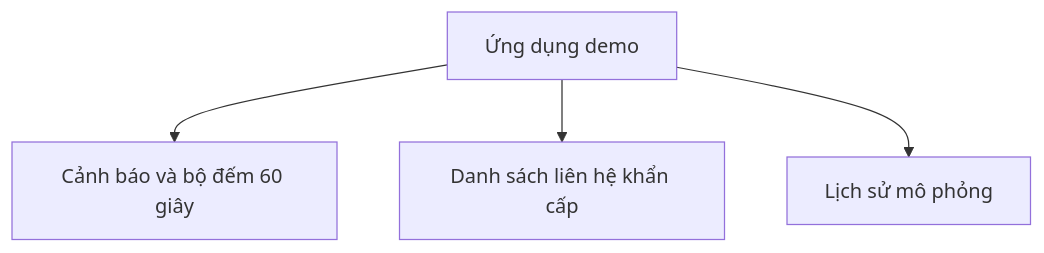
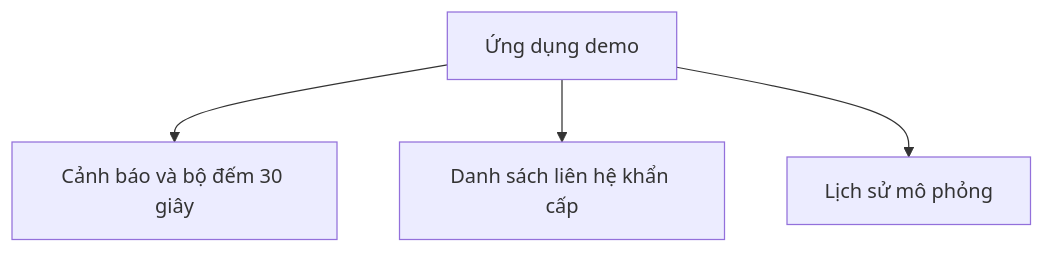
One commit to nhatdevzizi/Closer changed the third of 4 diagrams in README.md. Above: the diagram before and after it, drawn with Mermaid. The commit also changed other lines of this file and 4 other files, not shown here.

````diff
--- a/README.md
+++ b/README.md
@@ -81,6 +81,6 @@
 ```mermaid
 flowchart TD
-  App[Ứng dụng demo] --> Alerts[Cảnh báo và bộ đếm 60 giây]
+  App[Ứng dụng demo] --> Alerts[Cảnh báo và bộ đếm 30 giây]
   App --> Contacts[Danh sách liên hệ khẩn cấp]
   App --> History[Lịch sử mô phỏng]
 ```
````
